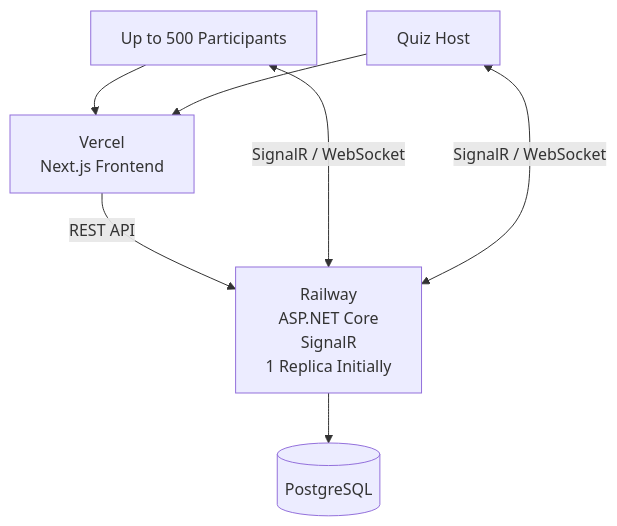
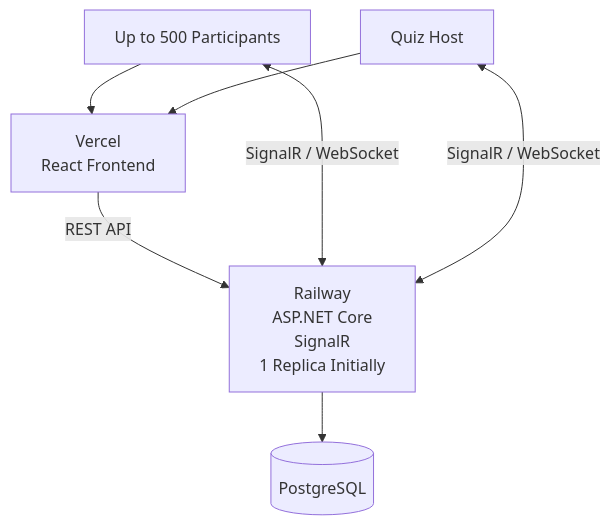
One commit to laeth0/Kahoot changed the first of 3 diagrams in Final Claude Code Prompt — Kahoot-like Platform.md. Above: the diagram before and after it, drawn with Mermaid. The commit also changed other lines of this file, not shown here.

Commit message:
Please provide the specific changes or file diffs you would like me to summarize.

````diff
--- a/Final Claude Code Prompt — Kahoot-like Platform.md
+++ b/Final Claude Code Prompt — Kahoot-like Platform.md
@@ -57,25 +57,25 @@
 ```mermaid
 flowchart TD
     Players["Up to 500 Participants"]
     Host["Quiz Host"]
 
     Vercel["Vercel
-    Next.js Frontend"]
+    React Frontend"]
 
     Railway["Railway
     ASP.NET Core
     SignalR
     1 Replica Initially"]
 
     PostgreSQL[("PostgreSQL")]
 
     Players --> Vercel
     Host --> Vercel
 
     Vercel -->|REST API| Railway
 
     Players <-->|SignalR / WebSocket| Railway
     Host <-->|SignalR / WebSocket| Railway
 
     Railway --> PostgreSQL
 ```
````
